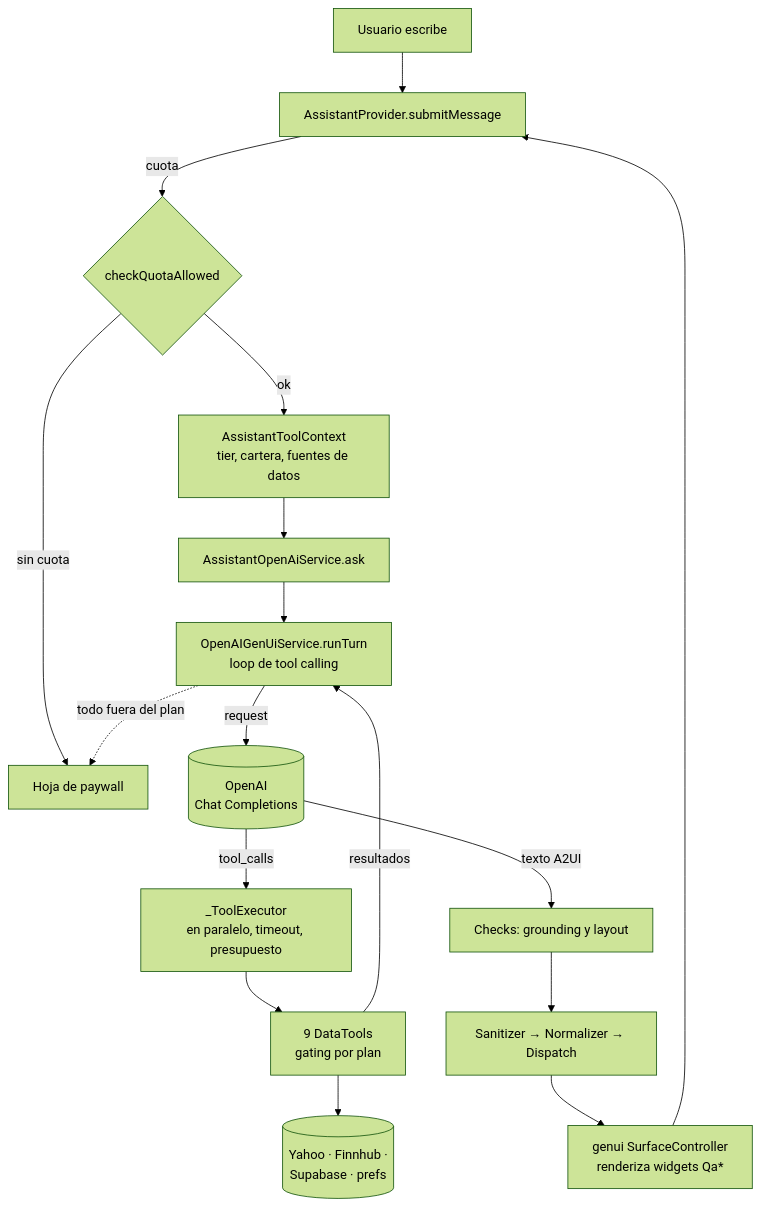
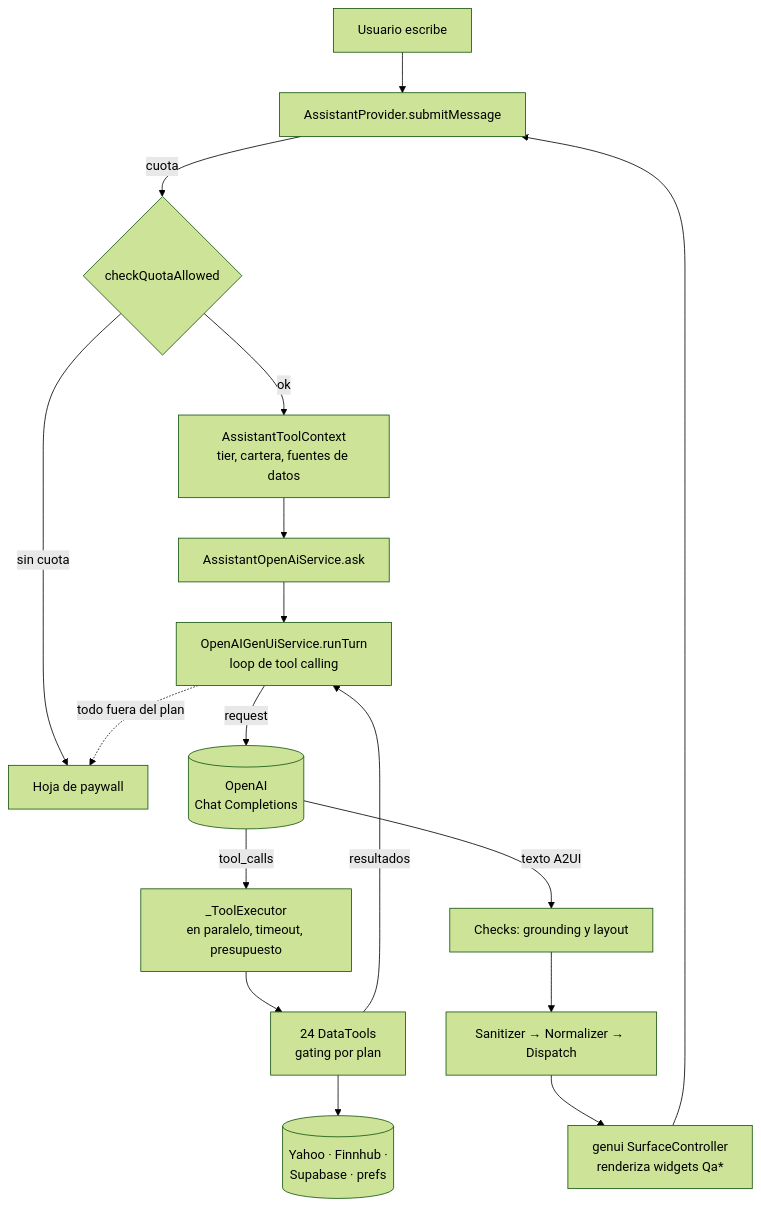
One commit to alfokatz/portfolioAssistant changed the diagram in docs/architecture/porty-assistant-tool-calling.md. Above: the diagram before and after it, drawn with Mermaid (forest theme). The commit also changed other lines of this file and 25 other files, not shown here.

````diff
--- a/docs/architecture/porty-assistant-tool-calling.md
+++ b/docs/architecture/porty-assistant-tool-calling.md
@@ -23,19 +23,19 @@
 ```mermaid
 flowchart TD
     U[Usuario escribe] --> P[AssistantProvider.submitMessage]
     P -->|cuota| Q{checkQuotaAllowed}
     Q -- sin cuota --> PW[Hoja de paywall]
     Q -- ok --> CTX[AssistantToolContext<br/>tier, cartera, fuentes de datos]
     CTX --> S[AssistantOpenAiService.ask]
     S --> L[OpenAIGenUiService.runTurn<br/>loop de tool calling]
     L -->|request| OAI[(OpenAI<br/>Chat Completions)]
     OAI -->|tool_calls| EX[_ToolExecutor<br/>en paralelo, timeout, presupuesto]
-    EX --> T[9 DataTools<br/>gating por plan]
+    EX --> T[24 DataTools<br/>gating por plan]
     T --> DS[(Yahoo · Finnhub ·<br/>Supabase · prefs)]
     T -->|resultados| L
     OAI -->|texto A2UI| G[Checks: grounding y layout]
     G --> N[Sanitizer → Normalizer → Dispatch]
     N --> GENUI[genui SurfaceController<br/>renderiza widgets Qa*]
     GENUI --> P
     L -. todo fuera del plan .-> PW
 ```
````
